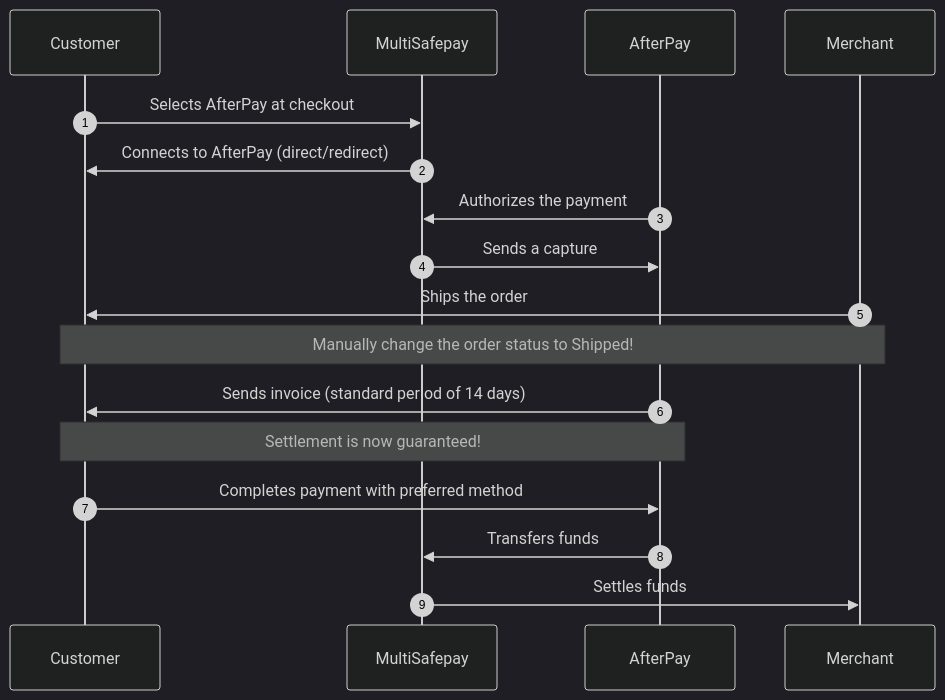
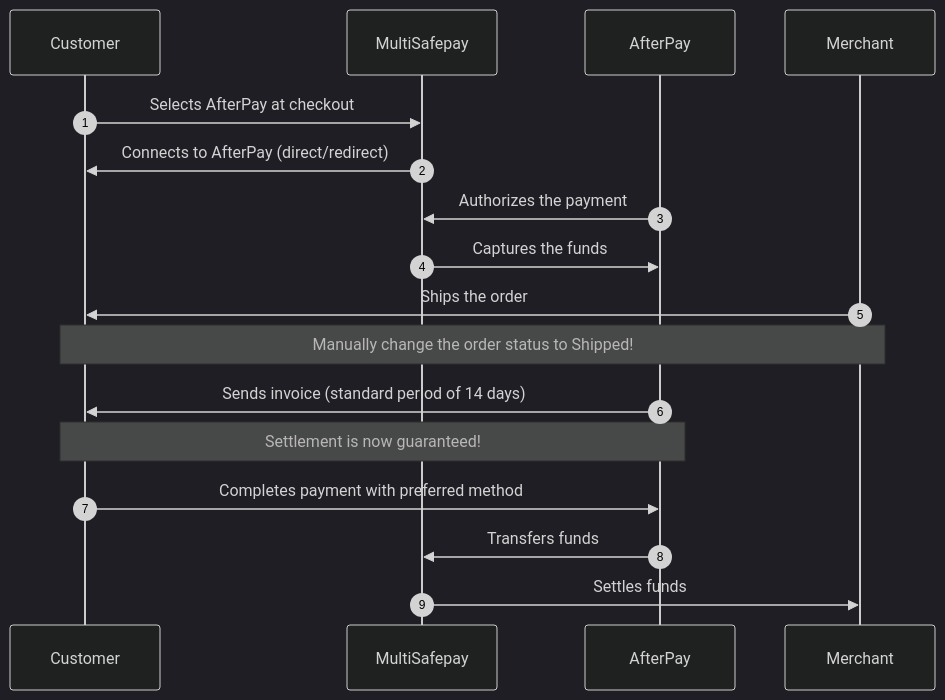
Before and after one commit to MultiSafepay/docs: the diagram in content/payments/methods/pay-later/afterpay/payment-flow.md, drawn with Mermaid (dark theme). The commit also changed 5 other files, not shown here.

```diff
--- a/content/payments/methods/pay-later/afterpay/payment-flow.md
+++ b/content/payments/methods/pay-later/afterpay/payment-flow.md
@@ -17,22 +17,22 @@
 {{< mermaid class="text-center" >}}
 
 sequenceDiagram
     autonumber
     participant C as Customer
     participant Mu as MultiSafepay
     participant A as AfterPay
     participant Me as Merchant
 
     C->>Mu: Selects AfterPay at checkout
     Mu->>C: Connects to AfterPay (direct/redirect)
     A->>Mu: Authorizes the payment
-    Mu->>A: Sends a capture
+    Mu->>A: Captures the funds
     Me->>C: Ships the order
     Note over Me,C: Manually change the order status to Shipped! 
     A->>C: Sends invoice (standard period of 14 days) 
     Note over A,C: Settlement is now guaranteed!
     C->>A: Completes payment with preferred method
     A->>Mu: Transfers funds 
     Mu->>Me: Settles funds
 
 {{< /mermaid >}}
```
